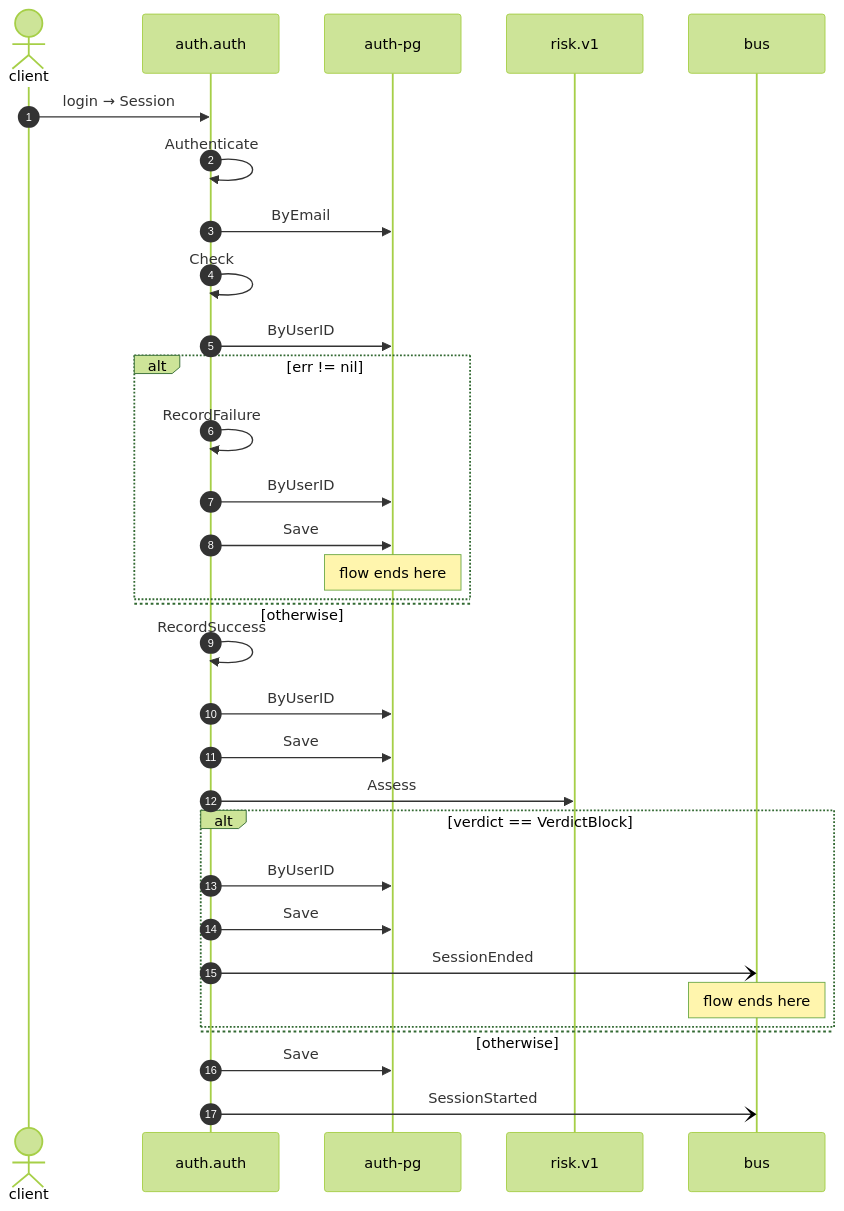
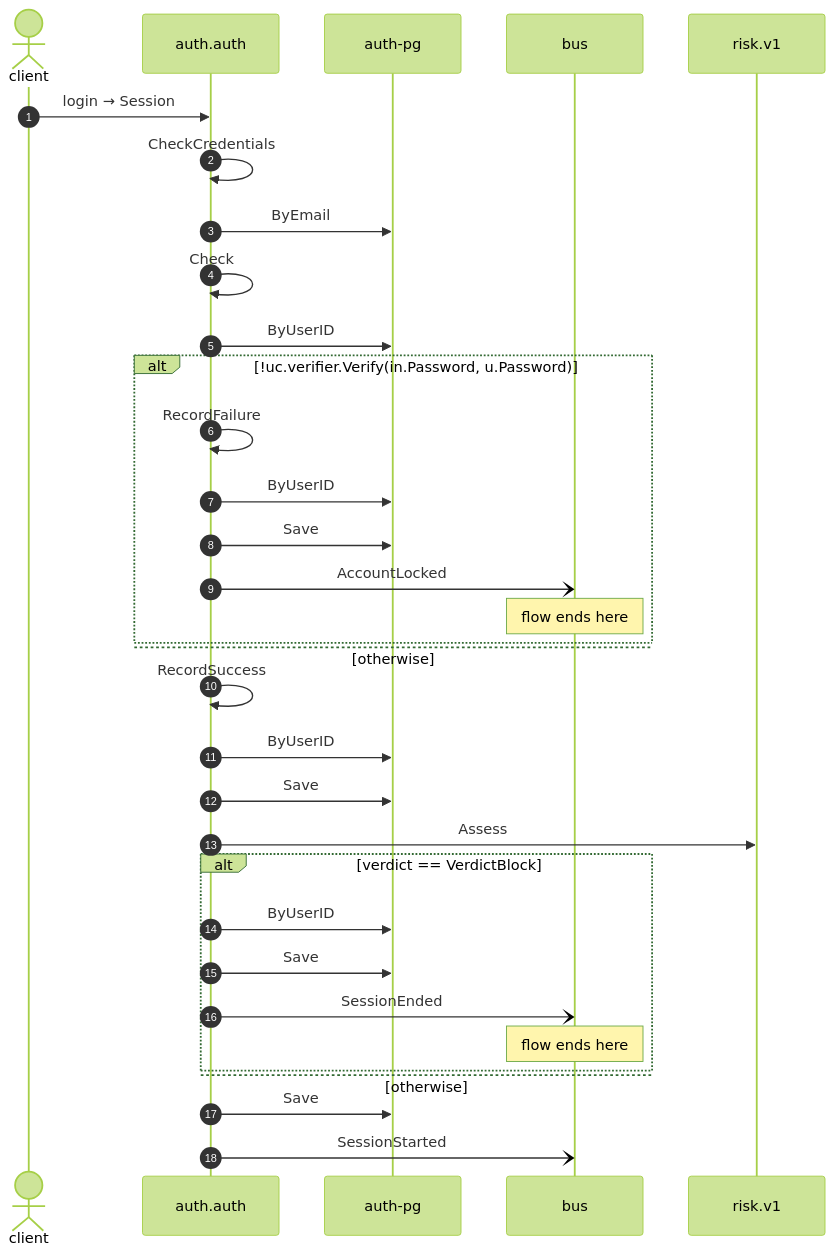
Before and after one commit to shortlink-org/portolan: the diagram in exports/mermaid/auth-login.mmd, drawn with Mermaid (forest theme). The commit also changed 59 other files, not shown here.

```diff
--- a/exports/mermaid/auth-login.mmd
+++ b/exports/mermaid/auth-login.mmd
@@ -1,32 +1,33 @@
 sequenceDiagram
     autonumber
     actor p0 as client
     participant p1 as auth.auth
     participant p2 as auth-pg
-    participant p3 as risk.v1
-    participant p4 as bus
+    participant p3 as bus
+    participant p4 as risk.v1
     p0->>p1: login → Session
-    p1->>p1: Authenticate
+    p1->>p1: CheckCredentials
     p1->>p2: ByEmail
     p1->>p1: Check
     p1->>p2: ByUserID
-    alt err != nil
+    alt !uc.verifier.Verify(in.Password, u.Password)
         p1->>p1: RecordFailure
         p1->>p2: ByUserID
         p1->>p2: Save
-        Note over p2: flow ends here
+        p1-)p3: AccountLocked
+        Note over p3: flow ends here
     else otherwise
     end
     p1->>p1: RecordSuccess
     p1->>p2: ByUserID
     p1->>p2: Save
-    p1->>p3: Assess
+    p1->>p4: Assess
     alt verdict == VerdictBlock
         p1->>p2: ByUserID
         p1->>p2: Save
-        p1-)p4: SessionEnded
-        Note over p4: flow ends here
+        p1-)p3: SessionEnded
+        Note over p3: flow ends here
     else otherwise
     end
     p1->>p2: Save
-    p1-)p4: SessionStarted
+    p1-)p3: SessionStarted
```
